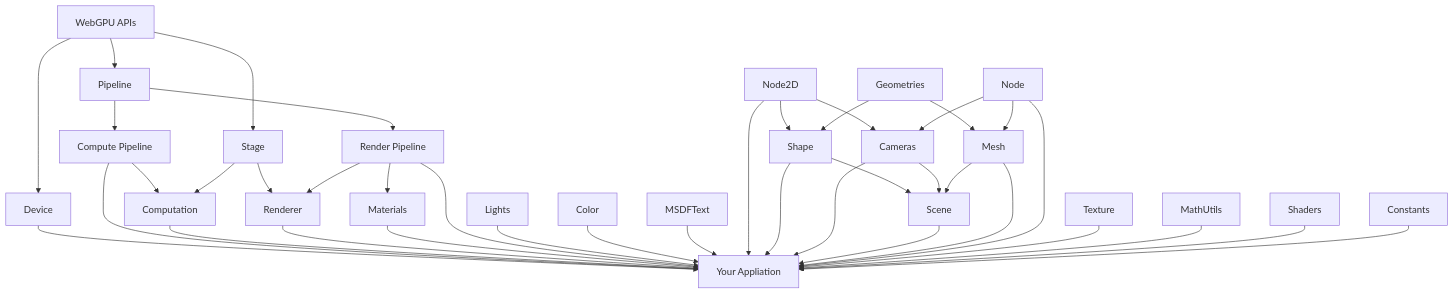
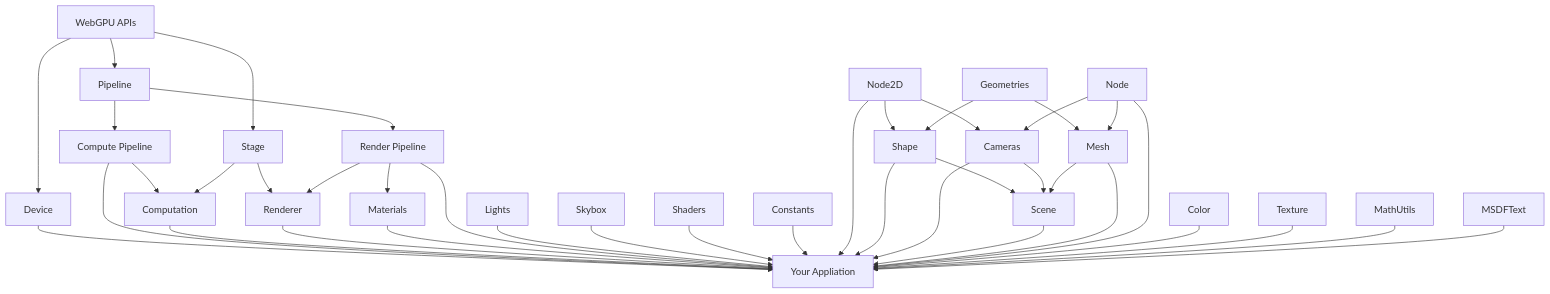
Before and after one commit to UstymUkhman/uwal: the diagram in README.md, drawn with Mermaid. The commit also changed other lines of this file and 7 other files, not shown here.

````diff
--- a/README.md
+++ b/README.md
@@ -65,63 +65,64 @@
 ```mermaid
 flowchart TD
   GPU[WebGPU APIs]
   P[Pipeline]
   CP[Compute Pipeline]
   RP[Render Pipeline]
   S[Stage]
   C[Computation]
   R[Renderer]
   MAT[Materials]
   APP[Your Appliation]
   DEV[Device]
 
   GPU  --> DEV
   DEV  --> APP
   GPU  --> P
   GPU  --> S
   P    --> CP
   P    --> RP
   CP   --> C
   S    --> C
   S    --> R
   RP   --> R
   RP   --> MAT
   CP   --> APP
   C    --> APP
   R    --> APP
   MAT  --> APP
   RP   --> APP
 
-  Lights   --> APP
-  Color    --> APP
-  MSDFText --> APP
+  Lights    --> APP
+  Skybox    --> APP
+  Shaders   --> APP
+  Constants --> APP
 
   ND2[Node2D]
   GEO[Geometries]
   ND[Node]
   CAM[Cameras]
   SHP[Shape]
   MESH[Mesh]
   SCN[Scene]
 
   ND2  --> APP
   ND2  --> SHP
   ND2  --> CAM
   GEO  --> SHP
   GEO  --> MESH
   ND   --> CAM
   ND   --> MESH
   SHP  --> APP
   SHP  --> SCN
   CAM  --> APP
   CAM  --> SCN
   MESH --> SCN
   SCN  --> APP
   MESH --> APP
   ND   --> APP
 
+  Color     --> APP
   Texture   --> APP
   MathUtils --> APP
-  Shaders   --> APP
-  Constants --> APP
+  MSDFText  --> APP
 ```
````
